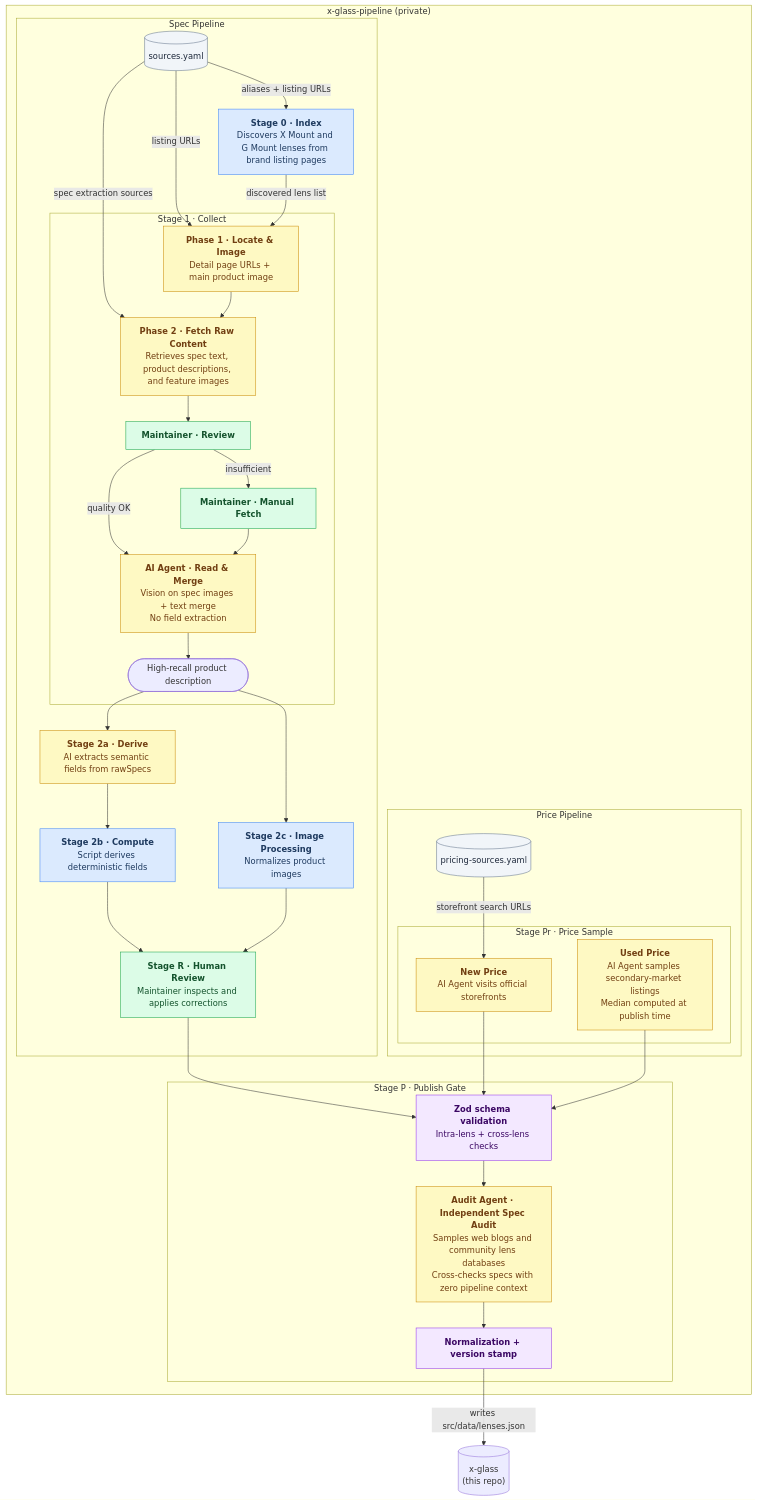
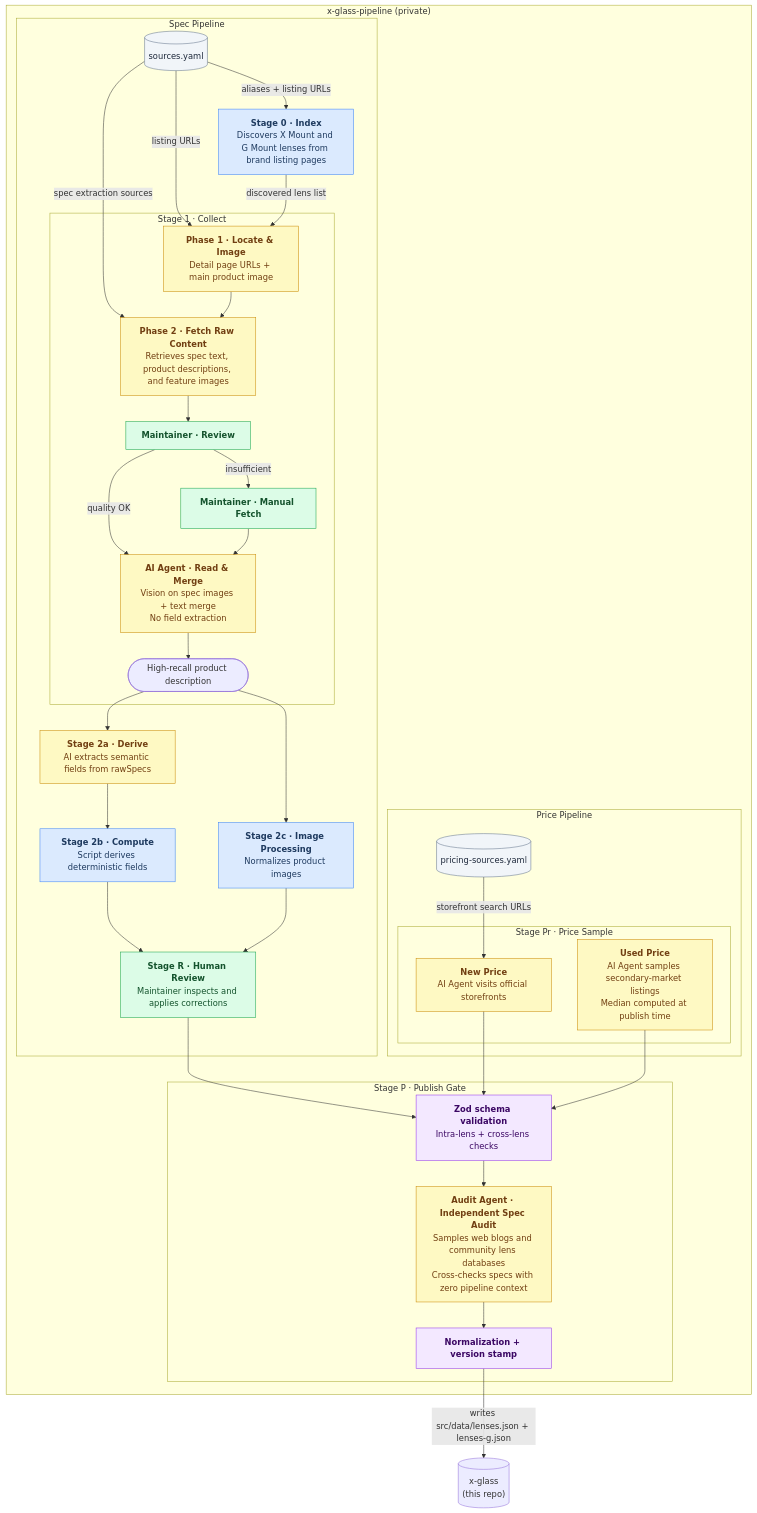
Before and after one commit to sentacraft/atlens: the diagram in README.md, drawn with Mermaid. The commit also changed other lines of this file, not shown here.

````diff
--- a/README.md
+++ b/README.md
@@ -60,73 +61,73 @@
 ```mermaid
 flowchart TD
   subgraph pipeline["x-glass-pipeline (private)"]
 
     subgraph spec["Spec Pipeline"]
       SOURCES[("sources.yaml")]
 
       S0["<b>Stage 0 · Index</b><br/>Discovers X Mount and G Mount lenses from brand listing pages"]
 
       subgraph s1["Stage 1 · Collect"]
         S1p1["<b>Phase 1 · Locate & Image</b><br/>Detail page URLs + main product image"]
         S1p2["<b>Phase 2 · Fetch Raw Content</b><br/>Retrieves spec text, product descriptions, and feature images"]
         S1r["<b>Maintainer · Review</b>"]
         S1h["<b>Maintainer · Manual Fetch</b>"]
         S1b["<b>AI Agent · Read & Merge</b><br/>Vision on spec images + text merge<br/>No field extraction"]
         S1out(["High-recall product description"])
       end
 
       S2a["<b>Stage 2a · Derive</b><br/>AI extracts semantic fields from rawSpecs"]
       S2b["<b>Stage 2b · Compute</b><br/>Script derives deterministic fields"]
       S2c["<b>Stage 2c · Image Processing</b><br/>Normalizes product images"]
       SR["<b>Stage R · Human Review</b><br/>Maintainer inspects and applies corrections"]
     end
 
     subgraph price["Price Pipeline"]
       PRICING_SOURCES[("pricing-sources.yaml")]
 
       subgraph spr["Stage Pr · Price Sample"]
         SPrNew["<b>New Price</b><br/>AI Agent visits official storefronts"]
         SPrUsed["<b>Used Price</b><br/>AI Agent samples secondary-market listings<br/>Median computed at publish time"]
       end
     end
 
     subgraph sp["Stage P · Publish Gate"]
       SP1["<b>Zod schema validation</b><br/>Intra-lens + cross-lens checks"]
       SP_AUDIT["<b>Audit Agent · Independent Spec Audit</b><br/>Samples web blogs and community lens databases<br/>Cross-checks specs with zero pipeline context"]
       SP2["<b>Normalization + version stamp</b>"]
     end
   end
 
   SOURCES -->|"aliases + listing URLs"| S0
   SOURCES -->|"listing URLs"| S1p1
   SOURCES -->|"spec extraction sources"| S1p2
   S0 -->|"discovered lens list"| S1p1
   S1p1 --> S1p2
   S1p2 --> S1r
   S1r -->|"quality OK"| S1b
   S1r -->|"insufficient"| S1h
   S1h --> S1b
   S1b --> S1out
   S1out --> S2a & S2c
   S2a --> S2b
   S2b & S2c --> SR
   SR --> SP1
   PRICING_SOURCES -->|"storefront search URLs"| SPrNew
   SPrUsed
   SPrNew & SPrUsed --> SP1
   SP1 --> SP_AUDIT
   SP_AUDIT --> SP2
-  SP2 -->|"writes src/data/lenses.json"| DB[("x-glass<br/>(this repo)")]
+  SP2 -->|"writes src/data/lenses.json + lenses-g.json"| DB[("x-glass<br/>(this repo)")]
 
   classDef script fill:#dbeafe,stroke:#3b82f6,color:#1e3a5f
   classDef agent fill:#fef9c3,stroke:#ca8a04,color:#713f12
   classDef human fill:#dcfce7,stroke:#16a34a,color:#14532d
   classDef gate fill:#f3e8ff,stroke:#9333ea,color:#3b0764
   classDef config fill:#f1f5f9,stroke:#64748b,color:#1e293b
 
   class S0,S2b,S2c script
   class S1p1,S1p2,S1b,S2a,SPrNew,SPrUsed,SP_AUDIT agent
   class S1r,S1h,SR human
   class SP1,SP2 gate
   class SOURCES,PRICING_SOURCES config
 ```
````
